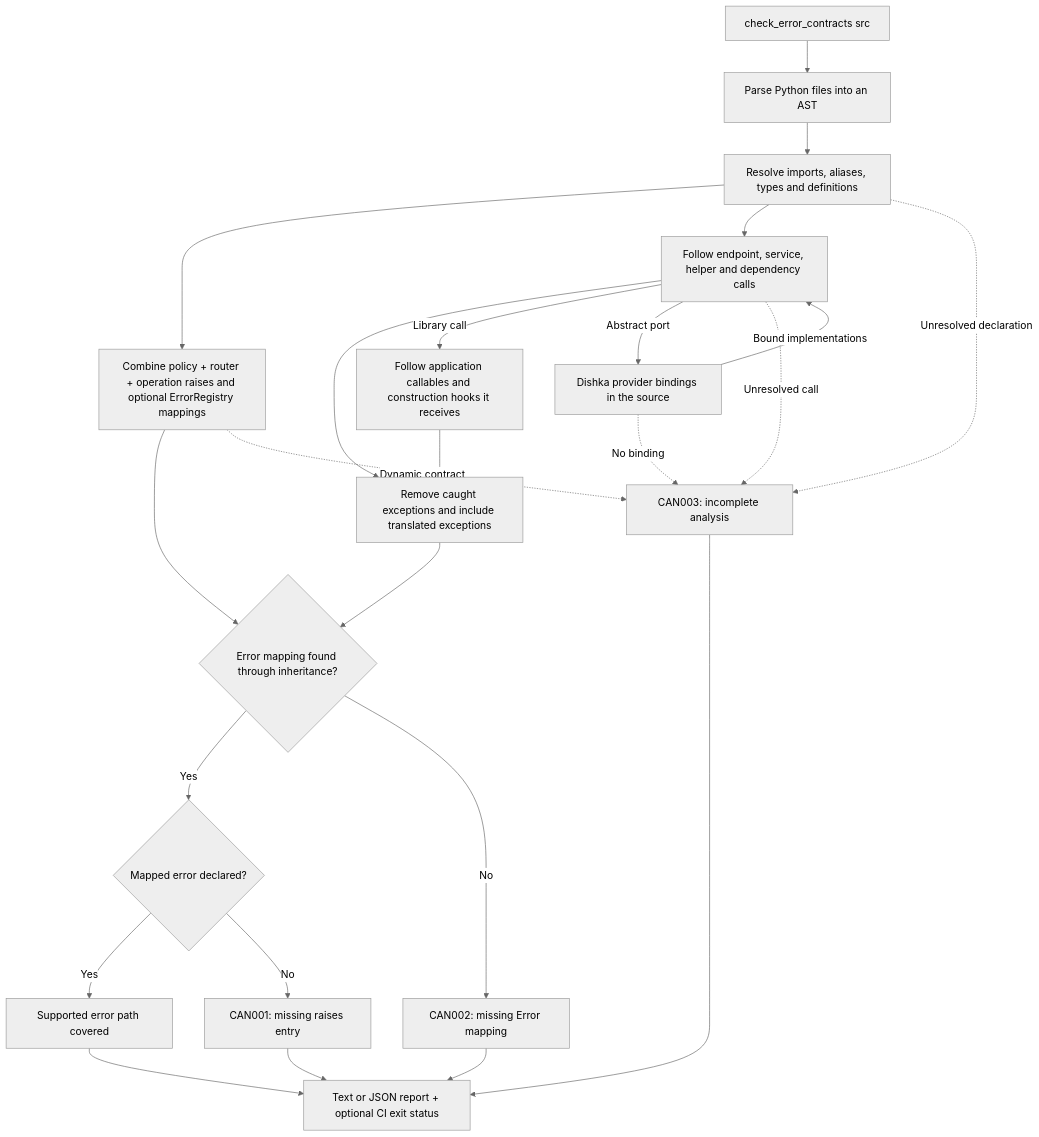
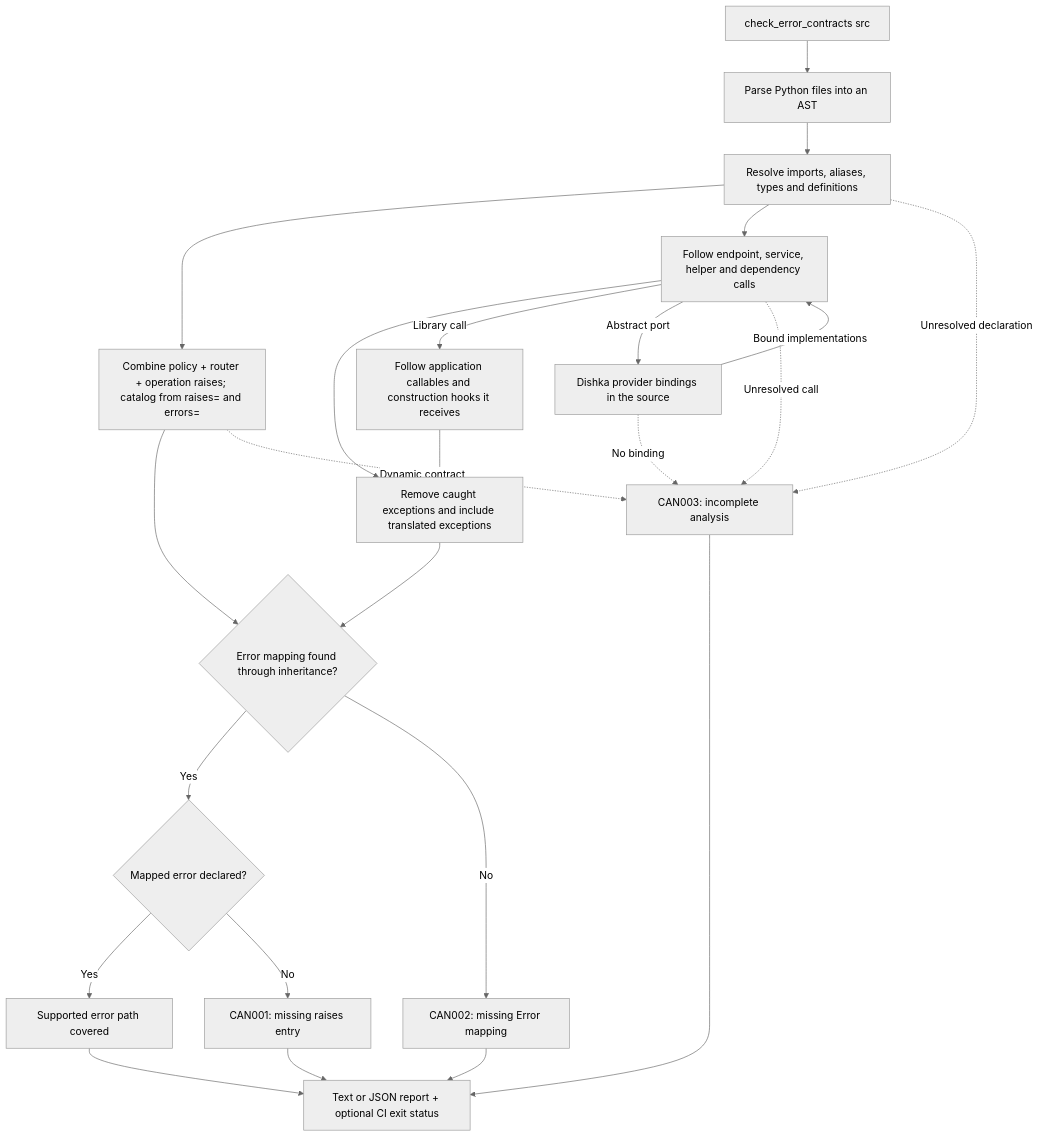
The diagram in docs/error-checking.md (mathisarends/fastapi-canon), drawn with Mermaid (neutral theme) before and after one commit. The commit also changed other lines of this file and 10 other files, not shown here.

First line of the commit message:
docs: describe errors as raises plus Feature(errors=[...])

````diff
--- a/docs/error-checking.md
+++ b/docs/error-checking.md
@@ -33,26 +33,26 @@
 ```mermaid
 flowchart TD
     CLI["check_error_contracts src"] --> AST["Parse Python files into an AST"]
     AST --> INDEX["Resolve imports, aliases, types and definitions"]
-    INDEX --> CONTRACT["Combine policy + router + operation raises and optional ErrorRegistry mappings"]
+    INDEX --> CONTRACT["Combine policy + router + operation raises; catalog from raises= and errors="]
     INDEX --> CALLS["Follow endpoint, service, helper and dependency calls"]
     CALLS --> HANDLING["Remove caught exceptions and include translated exceptions"]
     CALLS -->|Library call| CALLBACKS["Follow application callables and construction hooks it receives"]
     CALLBACKS --> HANDLING
     HANDLING --> MATCH{"Error mapping found through inheritance?"}
     CONTRACT --> MATCH
     MATCH -->|Yes| COMPARE{"Mapped error declared?"}
     COMPARE -->|Yes| COVERED["Supported error path covered"]
     COMPARE -->|No| MISSING["CAN001: missing raises entry"]
     MATCH -->|No| UNMAPPED["CAN002: missing Error mapping"]
     INDEX -.->|Unresolved declaration| UNKNOWN["CAN003: incomplete analysis"]
     CONTRACT -.->|Dynamic contract| UNKNOWN
     CALLS -->|Abstract port| BINDING["Dishka provider bindings in the source"]
     BINDING -->|Bound implementations| CALLS
     BINDING -.->|No binding| UNKNOWN
     CALLS -.->|Unresolved call| UNKNOWN
     COVERED --> REPORT["Text or JSON report + optional CI exit status"]
     MISSING --> REPORT
     UNMAPPED --> REPORT
     UNKNOWN --> REPORT
 ```
````
